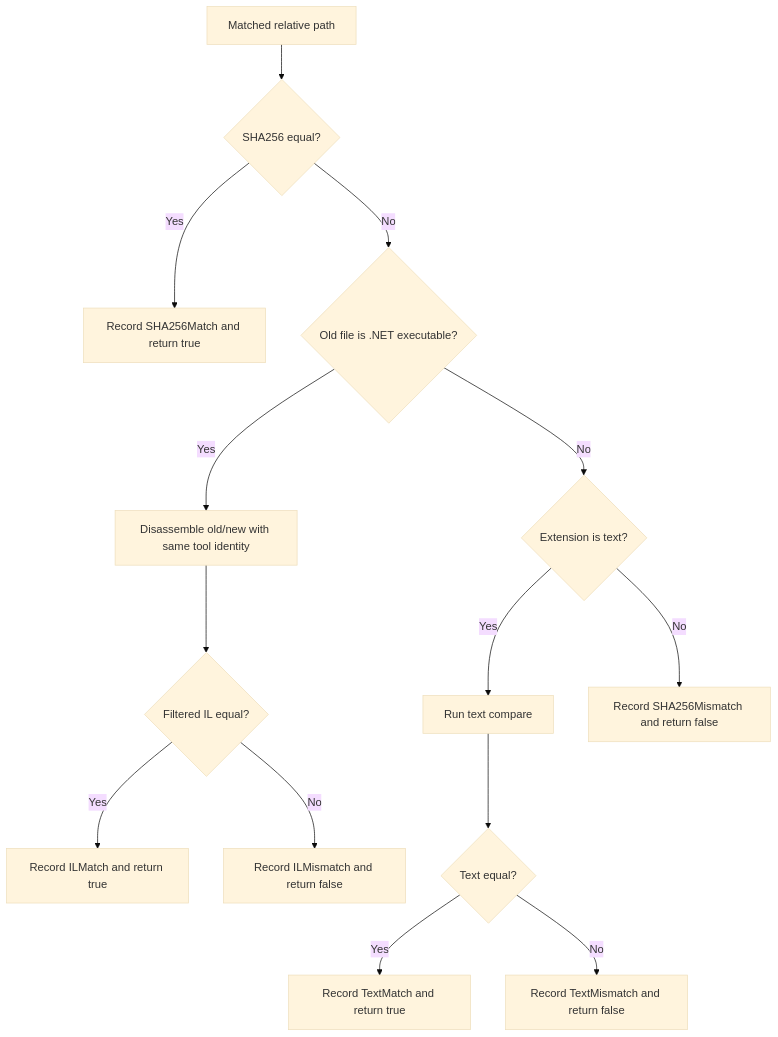
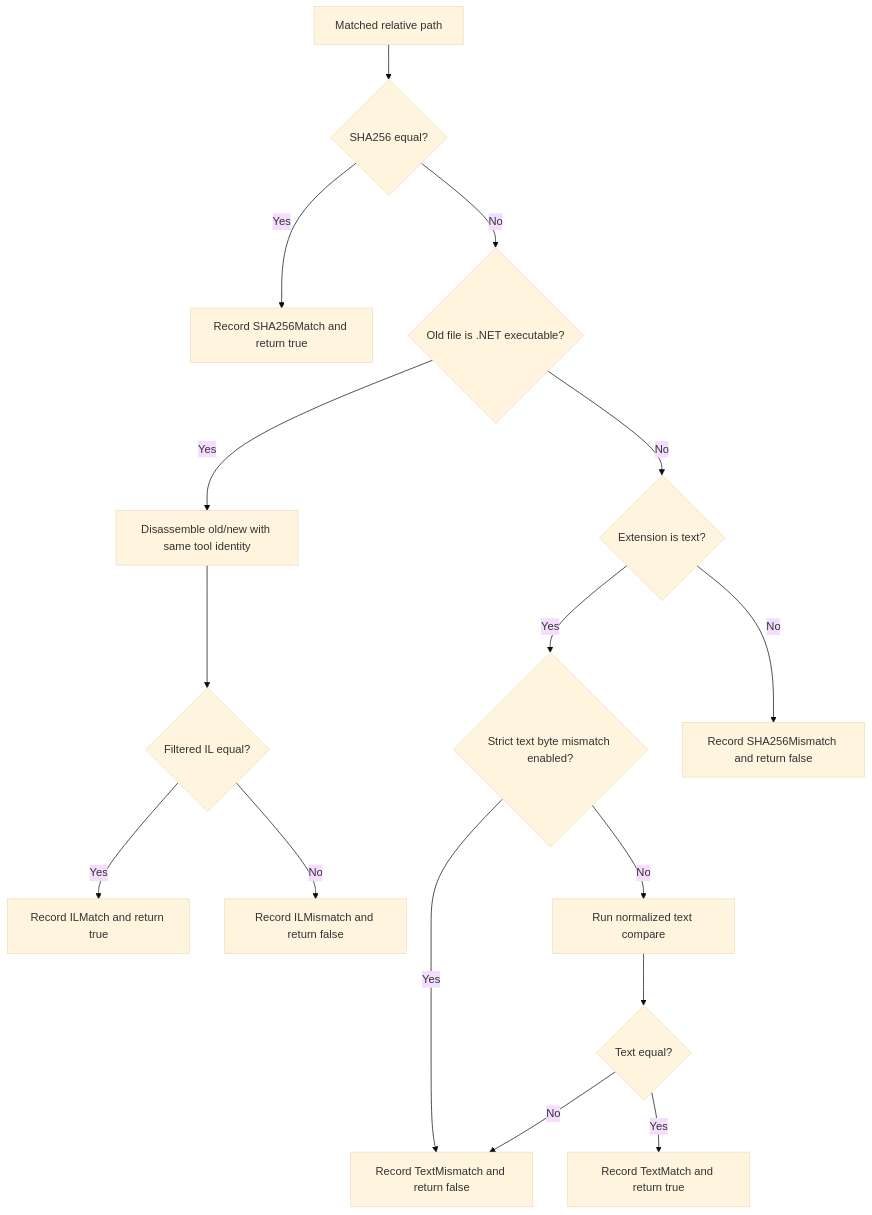
One commit to Widthdom/FolderDiffIL4DotNet changed the fifth of 12 diagrams in doc/DEVELOPER_GUIDE.md. Above: the diagram before and after it, drawn with Mermaid (base theme). The commit also changed other lines of this file and 29 other files, not shown here.

````diff
--- a/doc/DEVELOPER_GUIDE.md
+++ b/doc/DEVELOPER_GUIDE.md
@@ -516,16 +516,18 @@
 ```mermaid
 flowchart TD
     A["Matched relative path"] --> B{"SHA256 equal?"}
     B -- "Yes" --> C["Record SHA256Match and return true"]
     B -- "No" --> D{"Old file is .NET executable?"}
     D -- "Yes" --> E["Disassemble old/new with same tool identity"]
     E --> F{"Filtered IL equal?"}
     F -- "Yes" --> G["Record ILMatch and return true"]
     F -- "No" --> H["Record ILMismatch and return false"]
     D -- "No" --> I{"Extension is text?"}
-    I -- "Yes" --> J["Run text compare"]
-    J --> K{"Text equal?"}
-    K -- "Yes" --> L["Record TextMatch and return true"]
-    K -- "No" --> M["Record TextMismatch and return false"]
+    I -- "Yes" --> J{"Strict text byte mismatch enabled?"}
+    J -- "Yes" --> M["Record TextMismatch and return false"]
+    J -- "No" --> K["Run normalized text compare"]
+    K --> L{"Text equal?"}
+    L -- "Yes" --> O["Record TextMatch and return true"]
+    L -- "No" --> M
     I -- "No" --> N["Record SHA256Mismatch and return false"]
 ```
````
